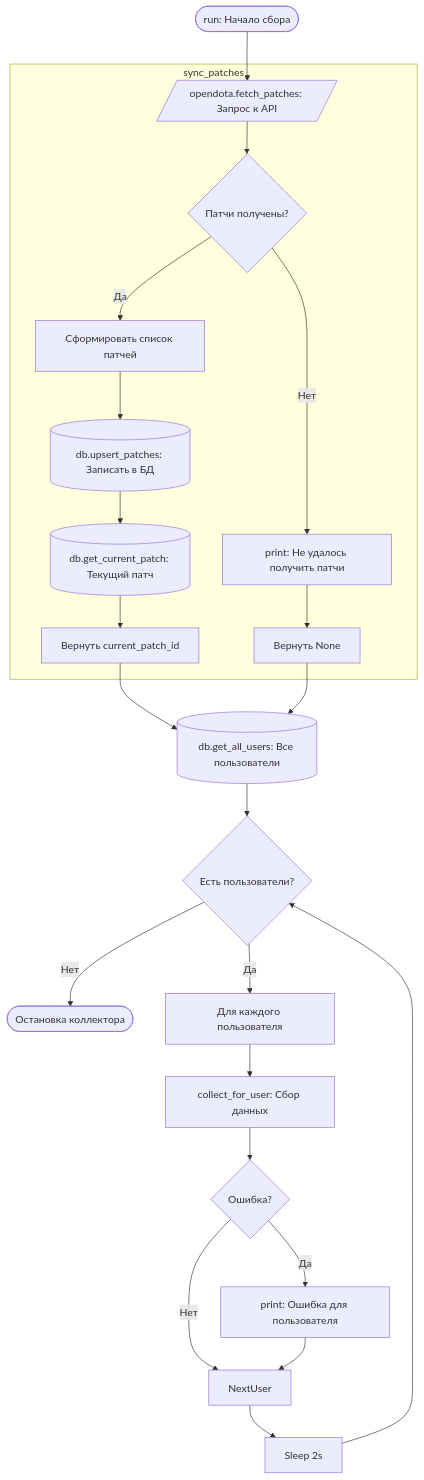
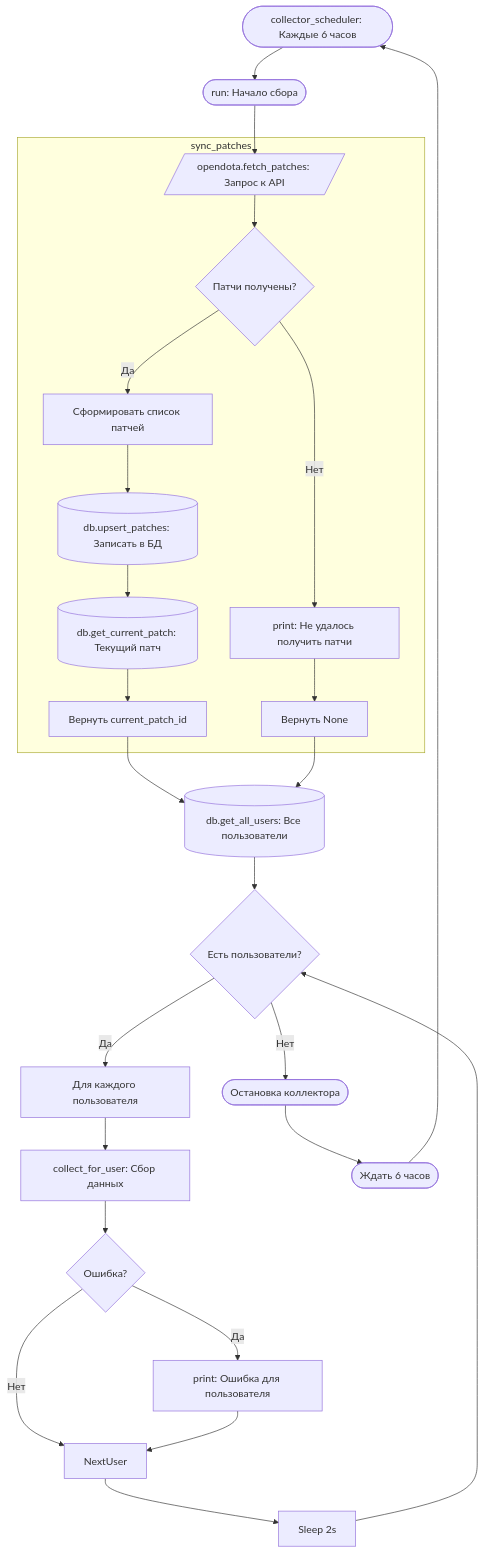
The diagram in docs/diagrams/collector-run.md (TRYPERX311/dota2stats), drawn with Mermaid before and after one commit. The commit also changed 6 other files, not shown here.

````diff
--- a/docs/diagrams/collector-run.md
+++ b/docs/diagrams/collector-run.md
@@ -3,32 +3,37 @@
 ```mermaid
 flowchart TD
-    Start([run: Начало сбора]) --> FetchPatches[/opendota.fetch_patches: Запрос к API/]
+    Scheduler([collector_scheduler: Каждые 6 часов]) --> Start([run: Начало сбора])
+    
+    Start --> FetchPatches[/opendota.fetch_patches: Запрос к API/]
     
     subgraph SYNC [sync_patches]
         FetchPatches --> CheckPatches{Патчи получены?}
         CheckPatches -- Нет --> LogPatchErr[print: Не удалось получить патчи]
         LogPatchErr --> ReturnNone[Вернуть None]
         
         CheckPatches -- Да --> BuildPatches[Сформировать список патчей]
         BuildPatches --> SavePatches[(db.upsert_patches: Записать в БД)]
         SavePatches --> GetCurrent[(db.get_current_patch: Текущий патч)]
         GetCurrent --> ReturnId[Вернуть current_patch_id]
     end
     
     ReturnId --> GetUsers[(db.get_all_users: Все пользователи)]
     ReturnNone --> GetUsers
     GetUsers --> CheckUsers{Есть пользователи?}
     
     CheckUsers -- Нет --> Stop([Остановка коллектора])
     CheckUsers -- Да --> LoopUser[Для каждого пользователя]
     
     LoopUser --> CallCollect[collect_for_user: Сбор данных]
     
     CallCollect --> TryCatch{Ошибка?}
     TryCatch -- Да --> LogErr[print: Ошибка для пользователя]
     TryCatch -- Нет --> NextUser
     LogErr --> NextUser
     
     NextUser --> Sleep[Sleep 2s]
     Sleep --> CheckUsers
+    
+    Stop --> Wait([Ждать 6 часов])
+    Wait --> Scheduler
 ```
````
